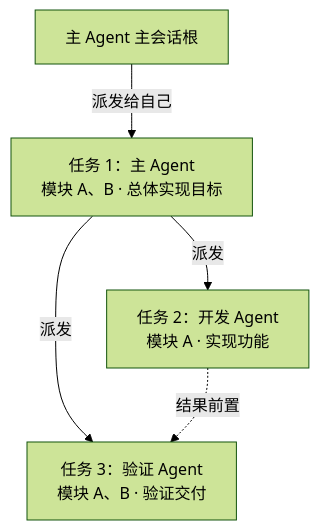
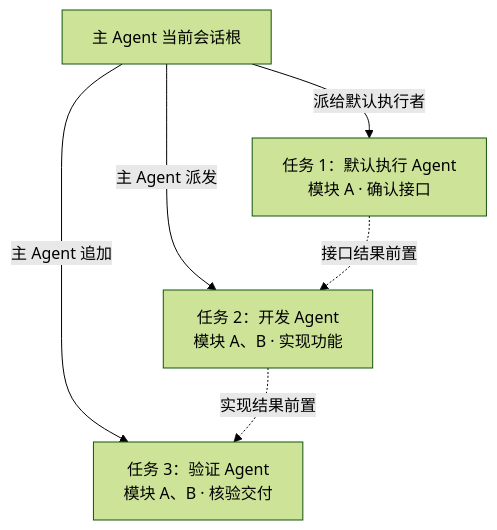
The diagram in docs/agent-dispatch-contract.md (nan023062/cbim), drawn with Mermaid (forest theme) before and after one commit. The commit also changed other lines of this file and 240 other files, not shown here.

````diff
--- a/docs/agent-dispatch-contract.md
+++ b/docs/agent-dispatch-contract.md
@@ -76,11 +78,12 @@
 ```mermaid
 flowchart TD
-  R[主 Agent 主会话根]
-  T1[任务 1：主 Agent\n模块 A、B · 总体实现目标]
-  T2[任务 2：开发 Agent\n模块 A · 实现功能]
-  T3[任务 3：验证 Agent\n模块 A、B · 验证交付]
-  R -->|派发给自己| T1
-  T1 -->|派发| T2
-  T1 -->|派发| T3
-  T2 -.->|结果前置| T3
+  R[主 Agent 当前会话根]
+  T1[任务 1：默认执行 Agent\n模块 A · 确认接口]
+  T2[任务 2：开发 Agent\n模块 A、B · 实现功能]
+  T3[任务 3：验证 Agent\n模块 A、B · 核验交付]
+  R -->|派给默认执行者| T1
+  R -->|主 Agent 派发| T2
+  R -->|主 Agent 追加| T3
+  T1 -.->|接口结果前置| T2
+  T2 -.->|实现结果前置| T3
 ```
````
